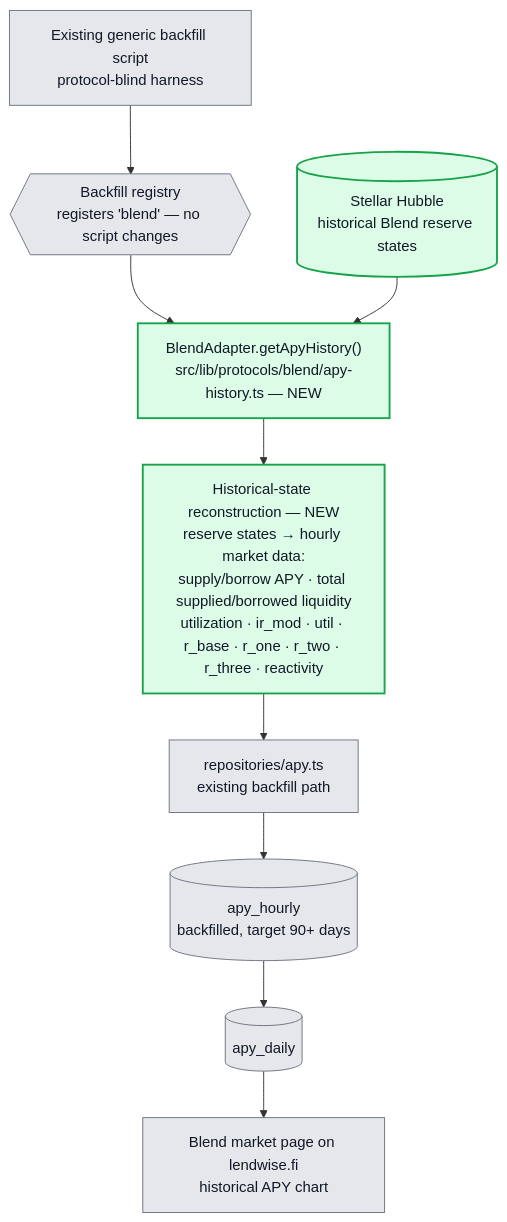
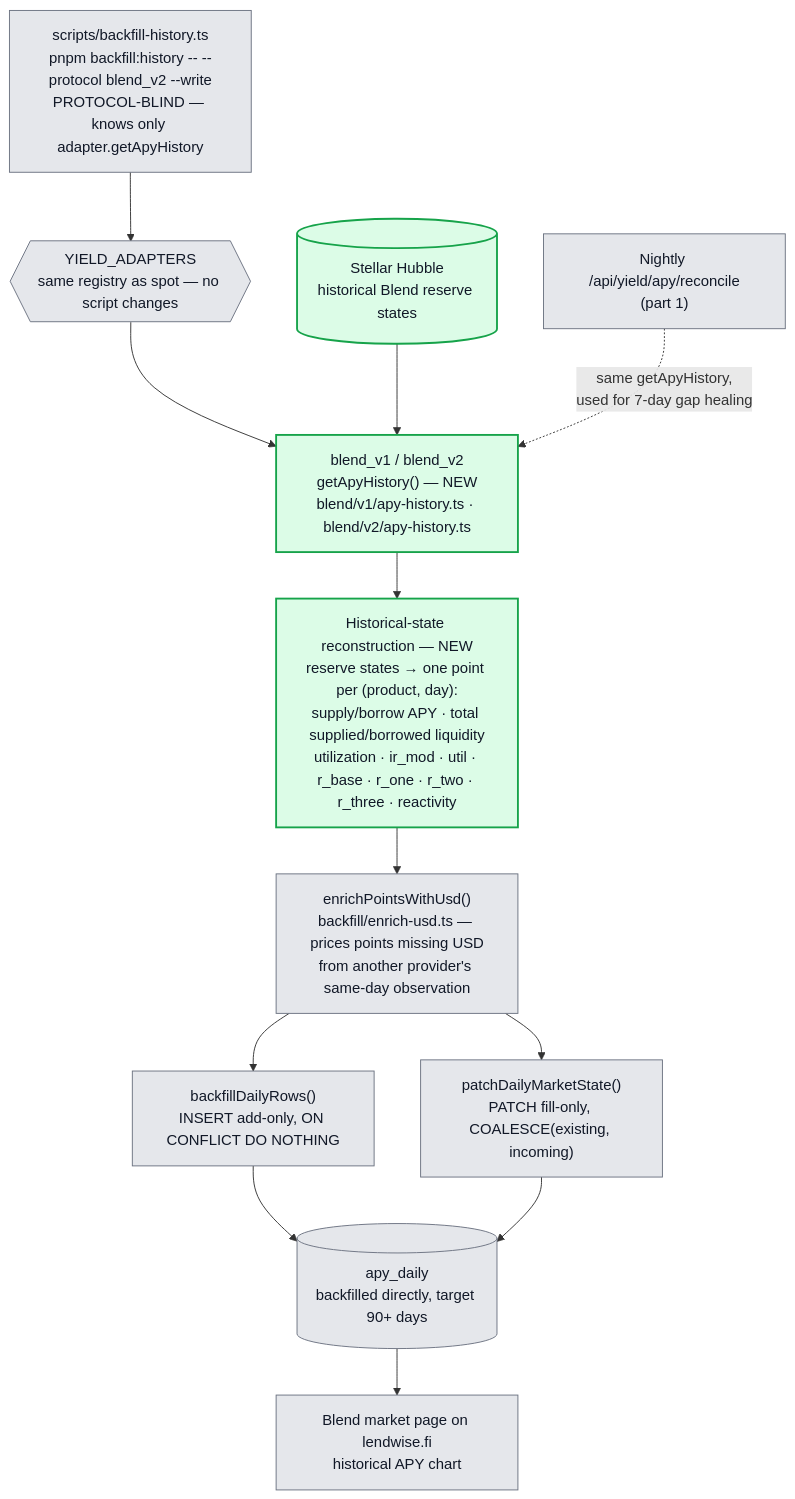
Before and after one commit to cedricmagne/lendwise: the second of 6 diagrams in docs/architecture-stellar-integration.md, drawn with Mermaid. The commit also changed other lines of this file and 1 other file, not shown here.

Commit message:
chore: update architecture stellar & bland diagram

````diff
--- a/docs/architecture-stellar-integration.md
+++ b/docs/architecture-stellar-integration.md
@@ -110,19 +126,24 @@
 ```mermaid
 flowchart TD
-    BackfillCron["Existing generic backfill script<br/>protocol-blind harness"] --> Registry2{{"Backfill registry<br/>registers 'blend' — no script changes"}}
-    Registry2 --> BlendHistory["BlendAdapter.getApyHistory()<br/>src/lib/protocols/blend/apy-history.ts — NEW"]
+    BackfillScript["scripts/backfill-history.ts<br/>pnpm backfill:history -- --protocol blend_v2 --write<br/>PROTOCOL-BLIND — knows only adapter.getApyHistory"] --> Registry3{{"YIELD_ADAPTERS<br/>same registry as spot — no script changes"}}
+    Registry3 --> BlendHistory["blend_v1 / blend_v2<br/>getApyHistory() — NEW<br/>blend/v1/apy-history.ts · blend/v2/apy-history.ts"]
 
     Hubble[("Stellar Hubble<br/>historical Blend reserve states")] --> BlendHistory
-    BlendHistory --> Reconstruct["Historical-state reconstruction — NEW<br/>reserve states → hourly market data:<br/>supply/borrow APY · total supplied/borrowed liquidity<br/>utilization · ir_mod · util · r_base · r_one · r_two · r_three · reactivity"]
+    BlendHistory --> Reconstruct["Historical-state reconstruction — NEW<br/>reserve states → one point per (product, day):<br/>supply/borrow APY · total supplied/borrowed liquidity<br/>utilization · ir_mod · util · r_base · r_one · r_two · r_three · reactivity"]
 
-    Reconstruct --> ApyRepo2["repositories/apy.ts<br/>existing backfill path"]
-    ApyRepo2 --> Hourly2[("apy_hourly<br/>backfilled, target 90+ days")]
-    Hourly2 --> Daily2[("apy_daily")]
+    Reconstruct --> Enrich["enrichPointsWithUsd()<br/>backfill/enrich-usd.ts — prices points missing USD<br/>from another provider's same-day observation"]
+    Enrich --> Insert["backfillDailyRows()<br/>INSERT add-only, ON CONFLICT DO NOTHING"]
+    Enrich --> Patch["patchDailyMarketState()<br/>PATCH fill-only, COALESCE(existing, incoming)"]
+    Insert --> Daily2[("apy_daily<br/>backfilled directly, target 90+ days")]
+    Patch --> Daily2
+
     Daily2 --> Chart["Blend market page on lendwise.fi<br/>historical APY chart"]
+
+    Reconcile2["Nightly /api/yield/apy/reconcile<br/>(part 1)"] -.->|"same getApyHistory,<br/>used for 7-day gap healing"| BlendHistory
 
     classDef core fill:#e5e7eb,stroke:#6b7280,color:#111827;
     classDef stellar fill:#dcfce7,stroke:#16a34a,color:#111827,stroke-width:2px;
 
-    class BackfillCron,Registry2,ApyRepo2,Hourly2,Daily2,Chart core;
+    class BackfillScript,Registry3,Enrich,Insert,Patch,Daily2,Chart,Reconcile2 core;
     class BlendHistory,Hubble,Reconstruct stellar;
 ```
````
